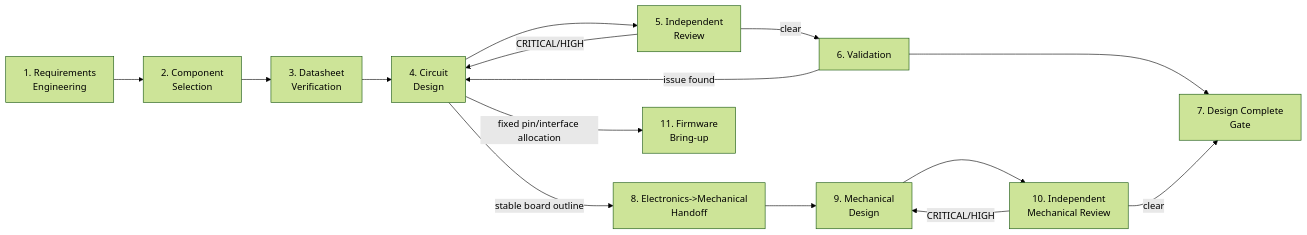
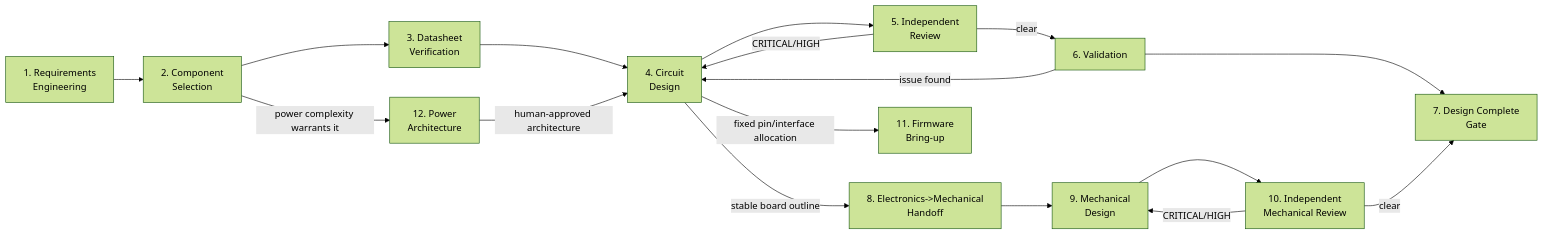
One commit to ktanino10/ai-hardware-engineering-team changed the diagram in docs/workflow.md. Above: the diagram before and after it, drawn with Mermaid (forest theme). The commit also changed other lines of this file and 10 other files, not shown here.

````diff
--- a/docs/workflow.md
+++ b/docs/workflow.md
@@ -10,17 +10,19 @@
 ```mermaid
 flowchart LR
     A["1. Requirements\nEngineering"] --> B["2. Component\nSelection"]
     B --> C["3. Datasheet\nVerification"]
     C --> D["4. Circuit\nDesign"]
     D --> E["5. Independent\nReview"]
     E -- "CRITICAL/HIGH" --> D
     E -- "clear" --> F["6. Validation"]
     F -- "issue found" --> D
     F --> G["7. Design Complete\nGate"]
     D -- "stable board outline" --> H8["8. Electronics->Mechanical\nHandoff"]
     H8 --> H9["9. Mechanical\nDesign"]
     H9 --> H10["10. Independent\nMechanical Review"]
     H10 -- "CRITICAL/HIGH" --> H9
     H10 -- "clear" --> G
     D -- "fixed pin/interface allocation" --> H11["11. Firmware\nBring-up"]
+    B -- "power complexity warrants it" --> H12["12. Power\nArchitecture"]
+    H12 -- "human-approved architecture" --> D
 ```
````
